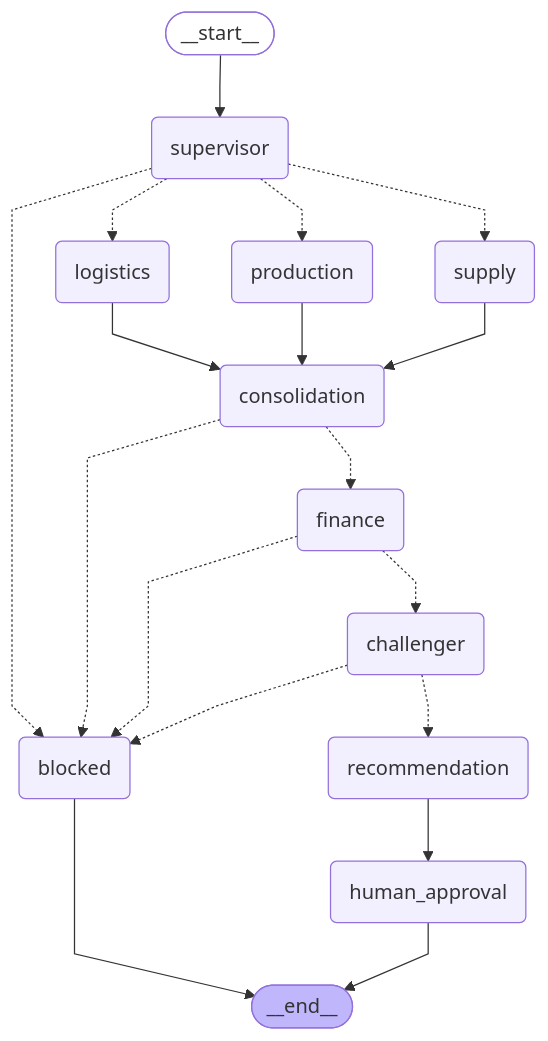
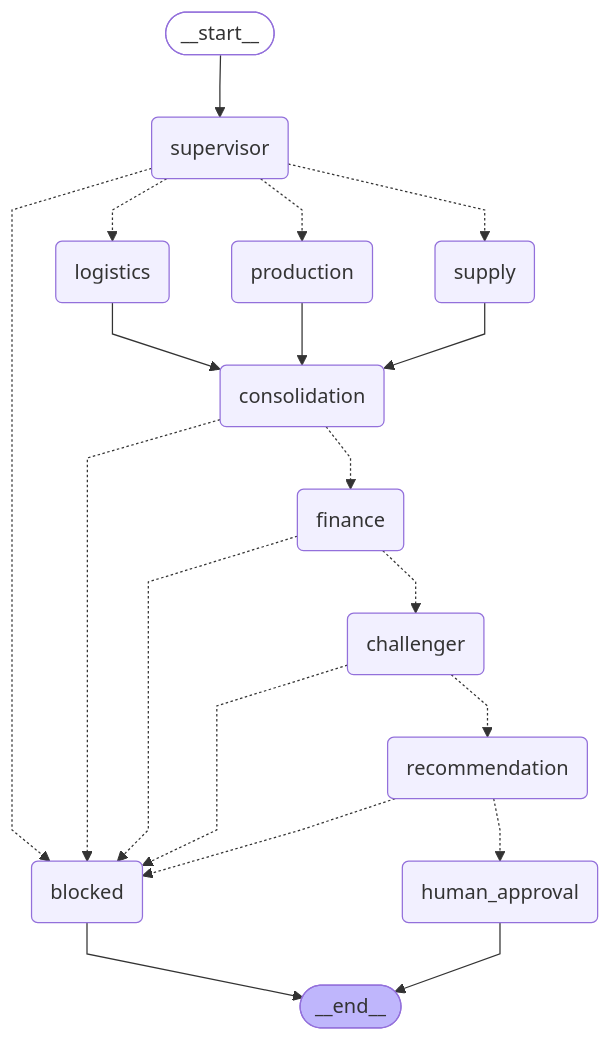
Before and after one commit to leandrol3/agentic-operations-control-tower: the diagram in docs/architecture/lesson-01-graph.mmd, drawn with Mermaid. The commit also changed 34 other files, not shown here.

```diff
--- a/docs/architecture/lesson-01-graph.mmd
+++ b/docs/architecture/lesson-01-graph.mmd
@@ -1,38 +1,39 @@
 ---
 config:
   flowchart:
     curve: linear
 ---
 graph TD;
 	__start__([<p>__start__</p>]):::first
 	supervisor(supervisor)
 	supply(supply)
 	production(production)
 	logistics(logistics)
 	consolidation(consolidation)
 	finance(finance)
 	challenger(challenger)
 	recommendation(recommendation)
 	human_approval(human_approval)
 	blocked(blocked)
 	__end__([<p>__end__</p>]):::last
 	__start__ --> supervisor;
 	challenger -.-> blocked;
 	challenger -.-> recommendation;
 	consolidation -.-> blocked;
 	consolidation -.-> finance;
 	finance -.-> blocked;
 	finance -.-> challenger;
 	logistics --> consolidation;
 	production --> consolidation;
-	recommendation --> human_approval;
+	recommendation -.-> blocked;
+	recommendation -.-> human_approval;
 	supervisor -.-> blocked;
 	supervisor -.-> logistics;
 	supervisor -.-> production;
 	supervisor -.-> supply;
 	supply --> consolidation;
 	blocked --> __end__;
 	human_approval --> __end__;
 	classDef default fill:#f2f0ff,line-height:1.2
 	classDef first fill-opacity:0
 	classDef last fill:#bfb6fc
```
